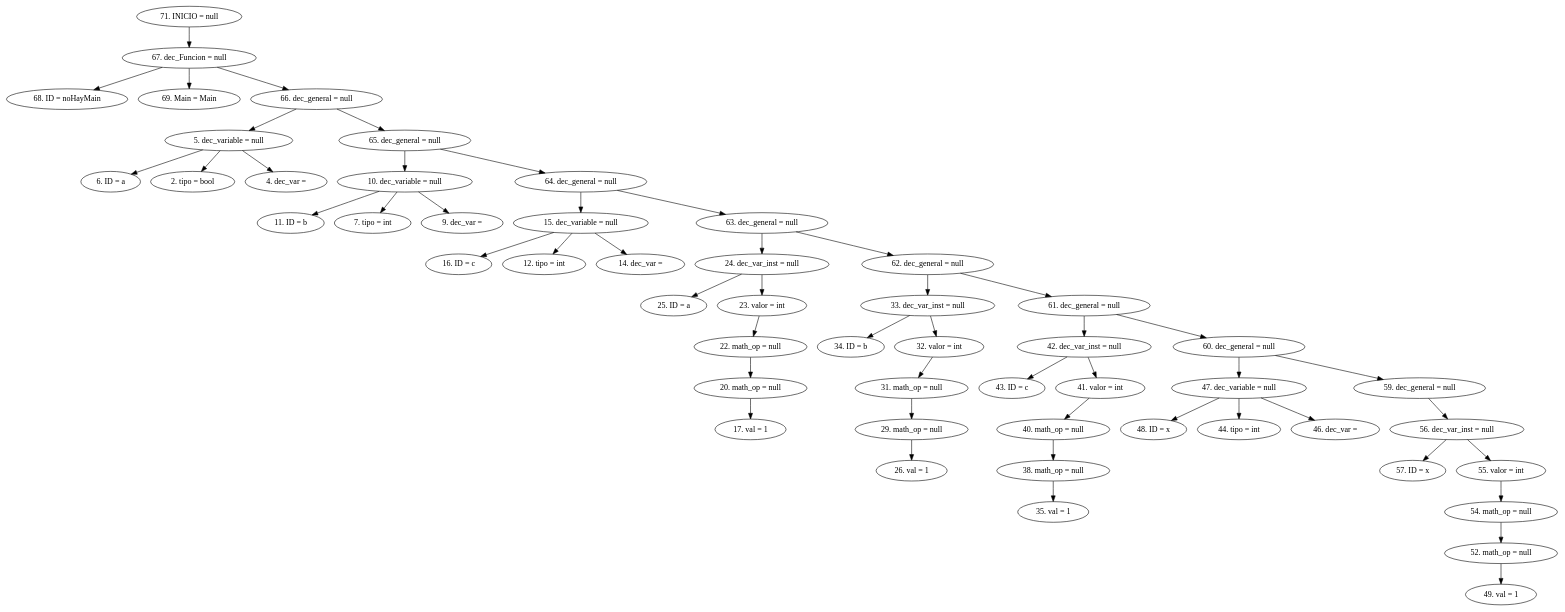
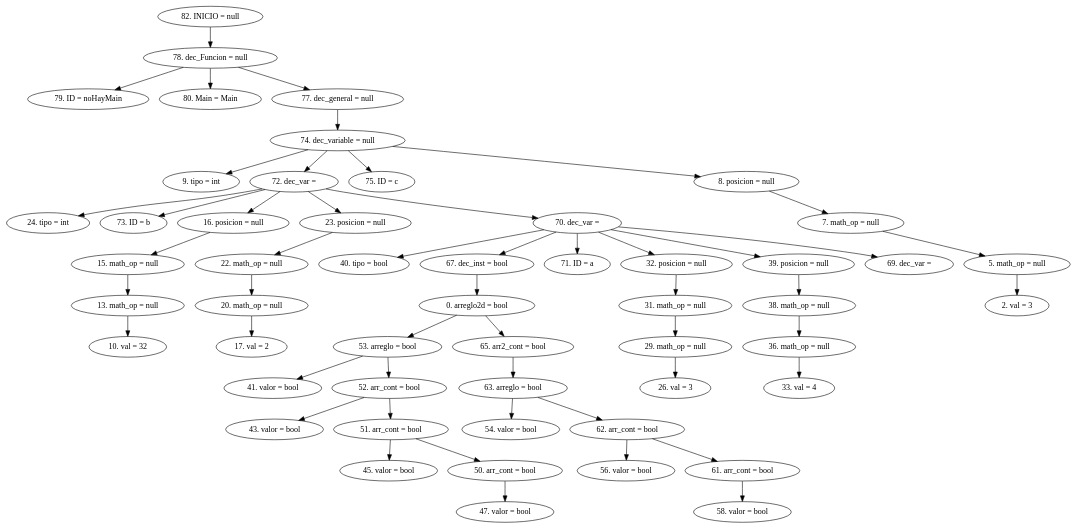
The diagram in AST.dot (CarlosSosVos/NACHTs), drawn with Graphviz before and after one commit. The commit also changed 9 other files, not shown here.

```diff
--- a/AST.dot
+++ b/AST.dot
@@ -1,55 +1,55 @@
 digraph G {
-"71. INICIO = null"->"67. dec_Funcion = null"
-"67. dec_Funcion = null"->"68. ID = noHayMain"
-"67. dec_Funcion = null"->"69. Main = Main"
-"67. dec_Funcion = null"->"66. dec_general = null"
-"66. dec_general = null"->"5. dec_variable = null"
-"5. dec_variable = null"->"6. ID = a"
-"5. dec_variable = null"->"2. tipo = bool"
-"5. dec_variable = null"->"4. dec_var = "
-"66. dec_general = null"->"65. dec_general = null"
-"65. dec_general = null"->"10. dec_variable = null"
-"10. dec_variable = null"->"11. ID = b"
-"10. dec_variable = null"->"7. tipo = int"
-"10. dec_variable = null"->"9. dec_var = "
-"65. dec_general = null"->"64. dec_general = null"
-"64. dec_general = null"->"15. dec_variable = null"
-"15. dec_variable = null"->"16. ID = c"
-"15. dec_variable = null"->"12. tipo = int"
-"15. dec_variable = null"->"14. dec_var = "
-"64. dec_general = null"->"63. dec_general = null"
-"63. dec_general = null"->"24. dec_var_inst = null"
-"24. dec_var_inst = null"->"25. ID = a"
-"24. dec_var_inst = null"->"23. valor = int"
-"23. valor = int"->"22. math_op = null"
+"82. INICIO = null"->"78. dec_Funcion = null"
+"78. dec_Funcion = null"->"79. ID = noHayMain"
+"78. dec_Funcion = null"->"80. Main = Main"
+"78. dec_Funcion = null"->"77. dec_general = null"
+"77. dec_general = null"->"74. dec_variable = null"
+"74. dec_variable = null"->"9. tipo = int"
+"74. dec_variable = null"->"72. dec_var = "
+"72. dec_var = "->"24. tipo = int"
+"72. dec_var = "->"73. ID = b"
+"72. dec_var = "->"16. posicion = null"
+"16. posicion = null"->"15. math_op = null"
+"15. math_op = null"->"13. math_op = null"
+"13. math_op = null"->"10. val = 32"
+"72. dec_var = "->"23. posicion = null"
+"23. posicion = null"->"22. math_op = null"
 "22. math_op = null"->"20. math_op = null"
-"20. math_op = null"->"17. val = 1"
-"63. dec_general = null"->"62. dec_general = null"
-"62. dec_general = null"->"33. dec_var_inst = null"
-"33. dec_var_inst = null"->"34. ID = b"
-"33. dec_var_inst = null"->"32. valor = int"
-"32. valor = int"->"31. math_op = null"
+"20. math_op = null"->"17. val = 2"
+"72. dec_var = "->"70. dec_var = "
+"70. dec_var = "->"40. tipo = bool"
+"70. dec_var = "->"67. dec_inst = bool"
+"67. dec_inst = bool"->"0. arreglo2d = bool"
+"0. arreglo2d = bool"->"53. arreglo = bool"
+"53. arreglo = bool"->"41. valor = bool"
+"53. arreglo = bool"->"52. arr_cont = bool"
+"52. arr_cont = bool"->"43. valor = bool"
+"52. arr_cont = bool"->"51. arr_cont = bool"
+"51. arr_cont = bool"->"45. valor = bool"
+"51. arr_cont = bool"->"50. arr_cont = bool"
+"50. arr_cont = bool"->"47. valor = bool"
+"0. arreglo2d = bool"->"65. arr2_cont = bool"
+"65. arr2_cont = bool"->"63. arreglo = bool"
+"63. arreglo = bool"->"54. valor = bool"
+"63. arreglo = bool"->"62. arr_cont = bool"
+"62. arr_cont = bool"->"56. valor = bool"
+"62. arr_cont = bool"->"61. arr_cont = bool"
+"61. arr_cont = bool"->"58. valor = bool"
+"70. dec_var = "->"71. ID = a"
+"70. dec_var = "->"32. posicion = null"
+"32. posicion = null"->"31. math_op = null"
 "31. math_op = null"->"29. math_op = null"
-"29. math_op = null"->"26. val = 1"
-"62. dec_general = null"->"61. dec_general = null"
-"61. dec_general = null"->"42. dec_var_inst = null"
-"42. dec_var_inst = null"->"43. ID = c"
-"42. dec_var_inst = null"->"41. valor = int"
-"41. valor = int"->"40. math_op = null"
-"40. math_op = null"->"38. math_op = null"
-"38. math_op = null"->"35. val = 1"
-"61. dec_general = null"->"60. dec_general = null"
-"60. dec_general = null"->"47. dec_variable = null"
-"47. dec_variable = null"->"48. ID = x"
-"47. dec_variable = null"->"44. tipo = int"
-"47. dec_variable = null"->"46. dec_var = "
-"60. dec_general = null"->"59. dec_general = null"
-"59. dec_general = null"->"56. dec_var_inst = null"
-"56. dec_var_inst = null"->"57. ID = x"
-"56. dec_var_inst = null"->"55. valor = int"
-"55. valor = int"->"54. math_op = null"
-"54. math_op = null"->"52. math_op = null"
-"52. math_op = null"->"49. val = 1"
+"29. math_op = null"->"26. val = 3"
+"70. dec_var = "->"39. posicion = null"
+"39. posicion = null"->"38. math_op = null"
+"38. math_op = null"->"36. math_op = null"
+"36. math_op = null"->"33. val = 4"
+"70. dec_var = "->"69. dec_var = "
+"74. dec_variable = null"->"75. ID = c"
+"74. dec_variable = null"->"8. posicion = null"
+"8. posicion = null"->"7. math_op = null"
+"7. math_op = null"->"5. math_op = null"
+"5. math_op = null"->"2. val = 3"
 
 
 }
```
